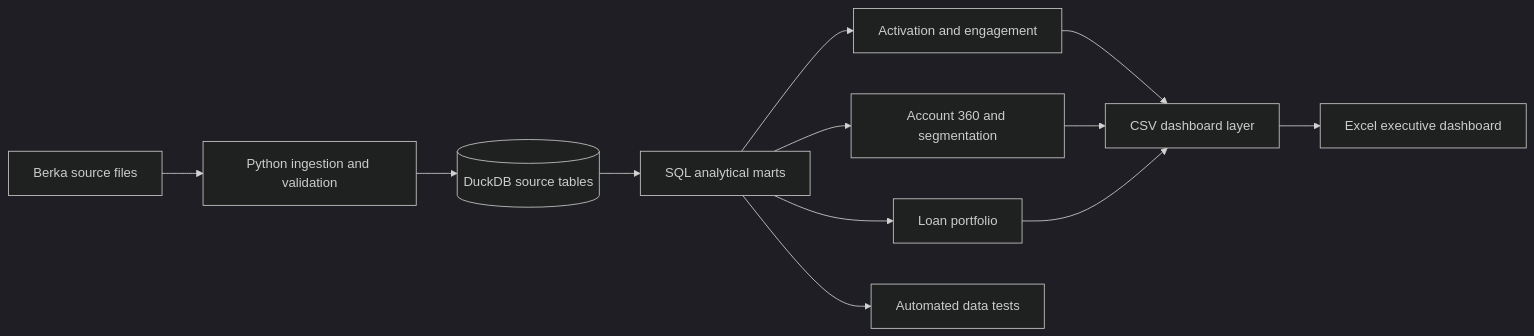
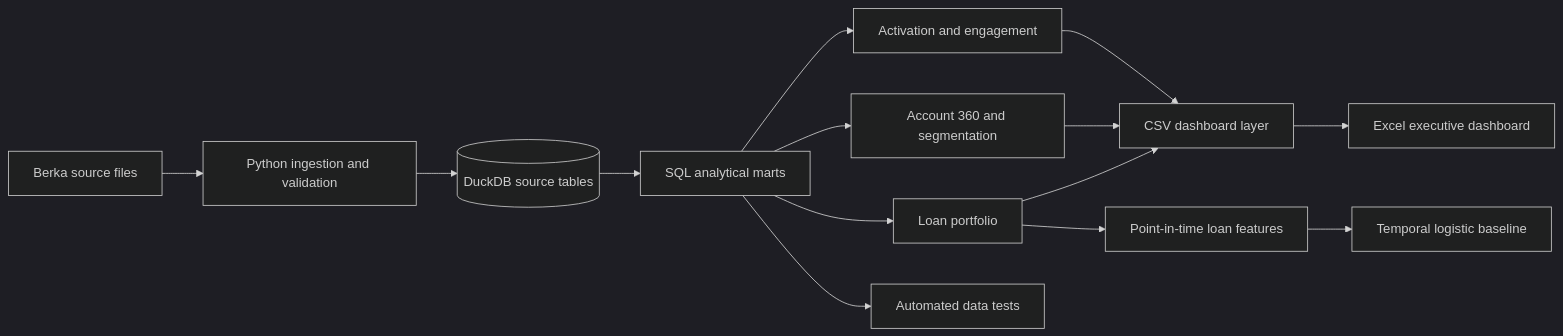
The diagram in README.md (thvh2006/novapay-fintech-analytics), drawn with Mermaid (dark theme) before and after one commit. The commit also changed other lines of this file and 9 other files, not shown here.

Commit message:
Add temporal loan risk validation and clean-room CI

````diff
--- a/README.md
+++ b/README.md
@@ -62,14 +76,16 @@
 ```mermaid
 flowchart LR
     A[Berka source files] --> B[Python ingestion and validation]
     B --> C[(DuckDB source tables)]
     C --> D[SQL analytical marts]
     D --> E[Activation and engagement]
     D --> F[Account 360 and segmentation]
     D --> G[Loan portfolio]
+    G --> K[Point-in-time loan features]
+    K --> L[Temporal logistic baseline]
     E --> H[CSV dashboard layer]
     F --> H
     G --> H
     H --> I[Excel executive dashboard]
     D --> J[Automated data tests]
 ```
````
